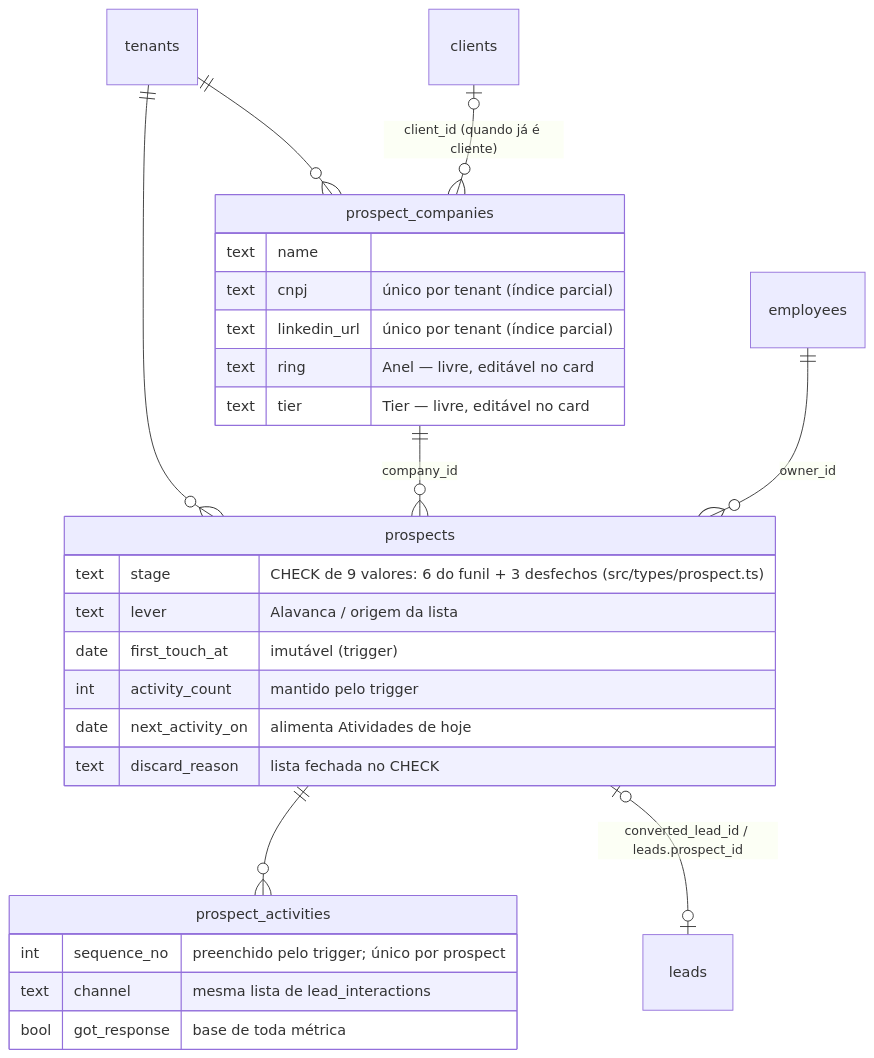
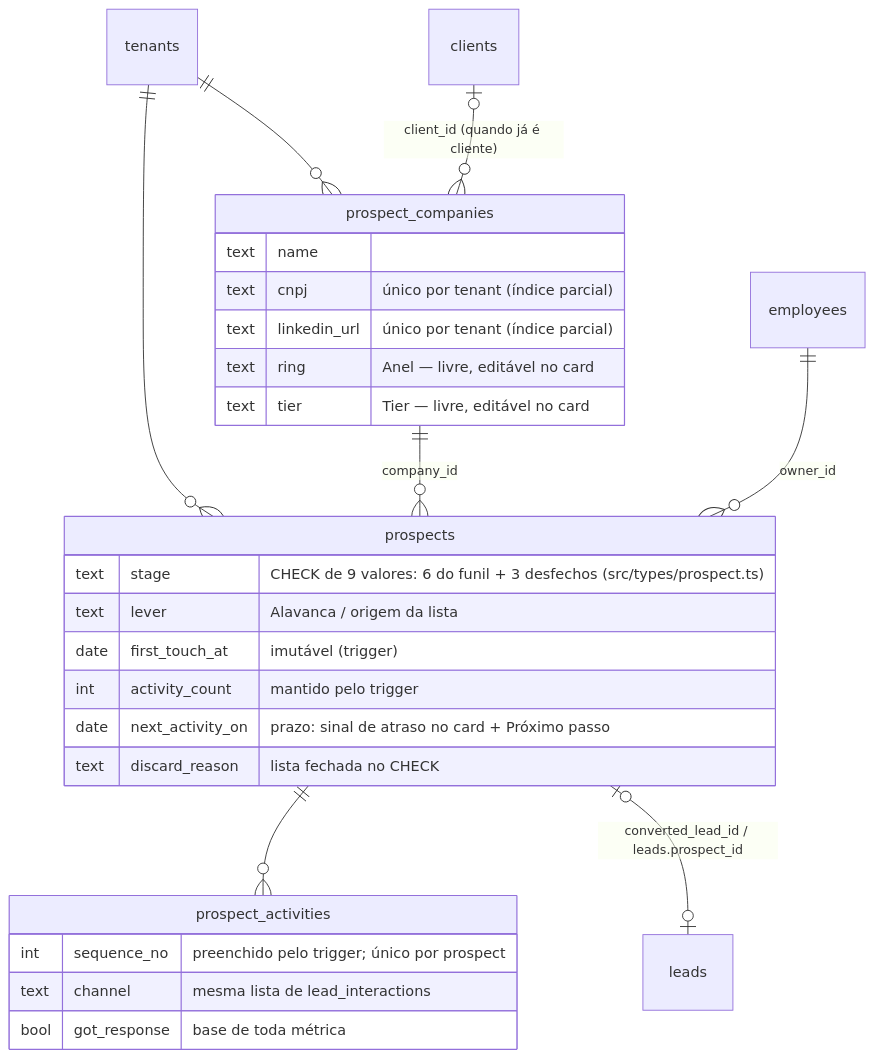
Before and after one commit to Origami-Lab-Organization/og-pulse: the second of 6 diagrams in .harness/docs/architecture/erd.md, drawn with Mermaid. The commit also changed other lines of this file and 6 other files, not shown here.

Commit message:
refactor: remove "Atividades de hoje" functionality and related components

````diff
--- a/.harness/docs/architecture/erd.md
+++ b/.harness/docs/architecture/erd.md
@@ -96,31 +96,31 @@
 ```mermaid
 erDiagram
     tenants ||--o{ prospect_companies : ""
     tenants ||--o{ prospects : ""
     clients |o--o{ prospect_companies : "client_id (quando já é cliente)"
     prospect_companies ||--o{ prospects : "company_id"
     prospects ||--o{ prospect_activities : ""
     employees ||--o{ prospects : "owner_id"
     prospects |o--o| leads : "converted_lead_id / leads.prospect_id"
 
     prospect_companies {
         text name ""
         text cnpj "único por tenant (índice parcial)"
         text linkedin_url "único por tenant (índice parcial)"
         text ring "Anel — livre, editável no card"
         text tier "Tier — livre, editável no card"
     }
     prospects {
         text stage "CHECK de 9 valores: 6 do funil + 3 desfechos (src/types/prospect.ts)"
         text lever "Alavanca / origem da lista"
         date first_touch_at "imutável (trigger)"
         int activity_count "mantido pelo trigger"
-        date next_activity_on "alimenta Atividades de hoje"
+        date next_activity_on "prazo: sinal de atraso no card + Próximo passo"
         text discard_reason "lista fechada no CHECK"
     }
     prospect_activities {
         int sequence_no "preenchido pelo trigger; único por prospect"
         text channel "mesma lista de lead_interactions"
         bool got_response "base de toda métrica"
     }
 ```
````
